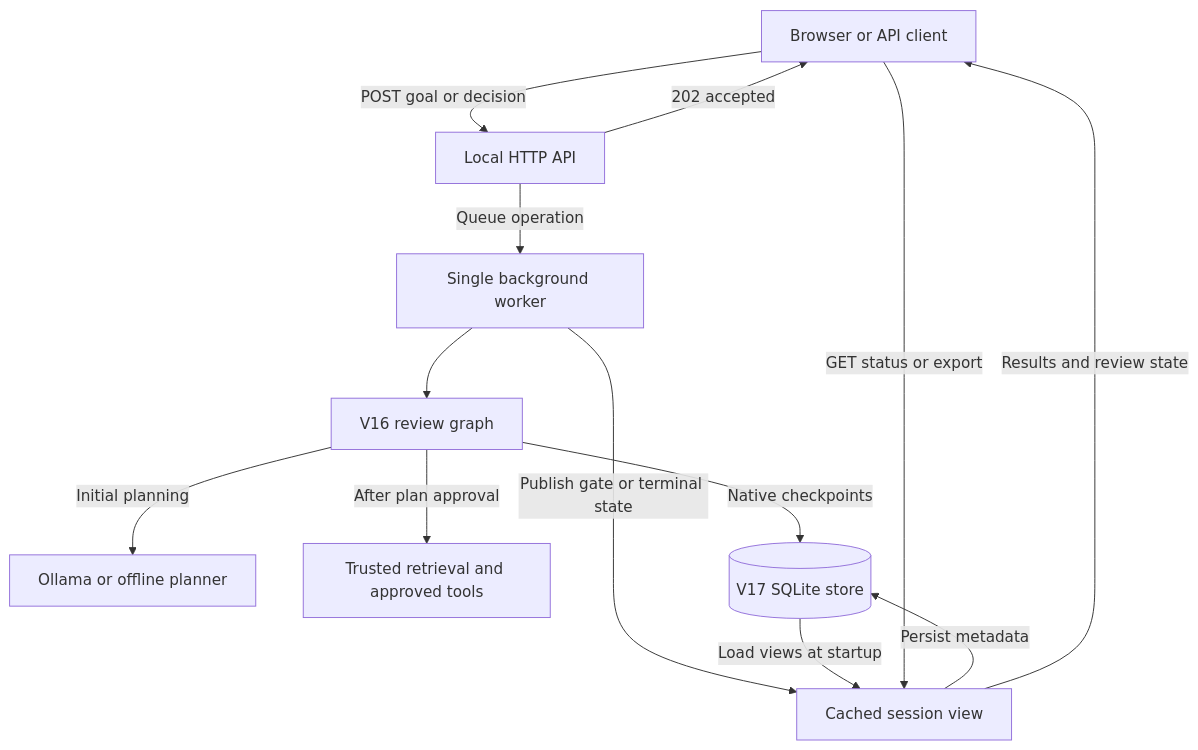
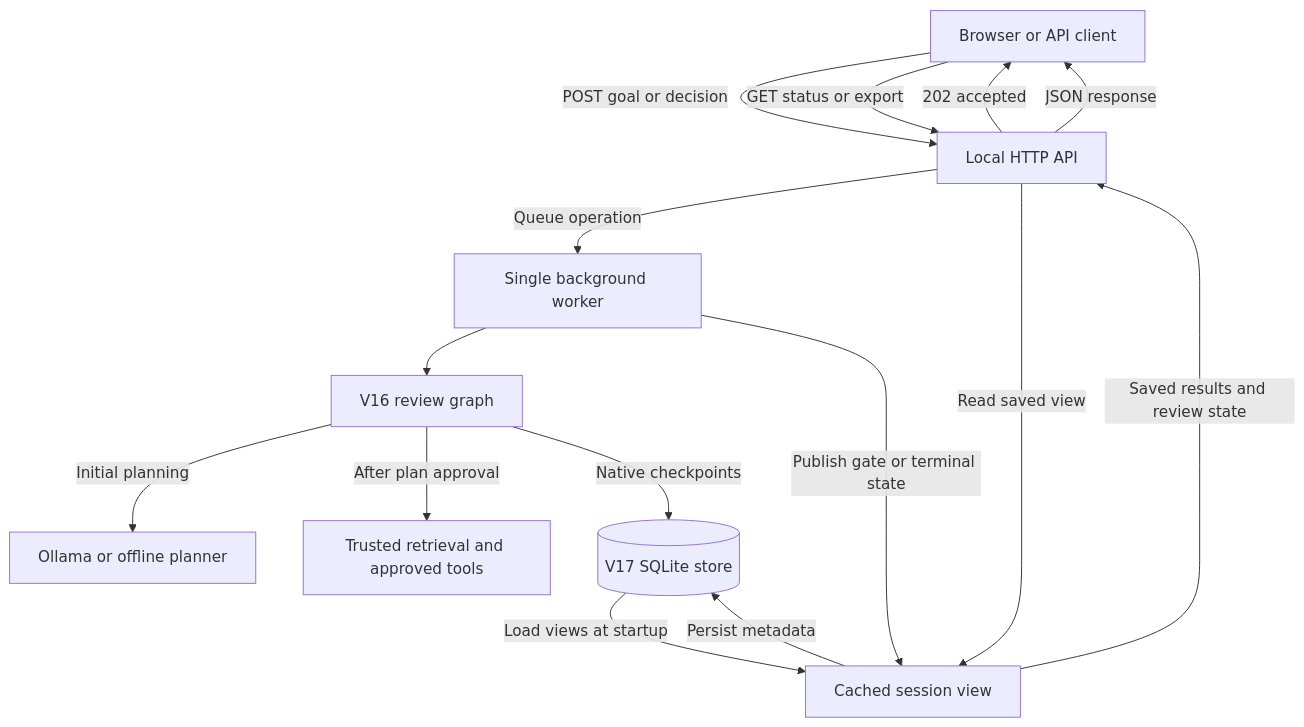
One commit to anne500/multi-agent-study-guide changed diagram 19 of 20 in docs/ARCHITECTURE.md. Above: the diagram before and after it, drawn with Mermaid. The commit also changed other lines of this file and 6 other files, not shown here.

Commit message:
Audit V1-V17 architecture and correct documented control flow

````diff
--- a/docs/ARCHITECTURE.md
+++ b/docs/ARCHITECTURE.md
@@ -440,15 +446,17 @@
 ```mermaid
 flowchart TD
     A[Browser or API client] -->|POST goal or decision| B[Local HTTP API]
     B -->|Queue operation| C[Single background worker]
     B -->|202 accepted| A
     C --> D[V16 review graph]
     D -->|Initial planning| E[Ollama or offline planner]
     D -->|After plan approval| F[Trusted retrieval and approved tools]
     D -->|Native checkpoints| G[(V17 SQLite store)]
     C -->|Publish gate or terminal state| H[Cached session view]
     H -->|Persist metadata| G
     G -->|Load views at startup| H
-    A -->|GET status or export| H
-    H -->|Results and review state| A
+    A -->|GET status or export| B
+    B -->|Read saved view| H
+    H -->|Saved results and review state| B
+    B -->|JSON response| A
 ```
````
